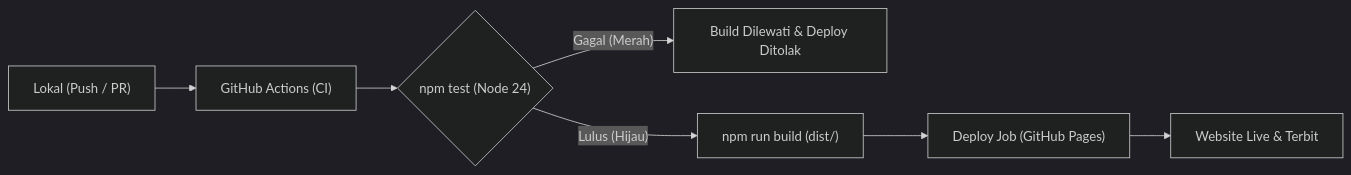
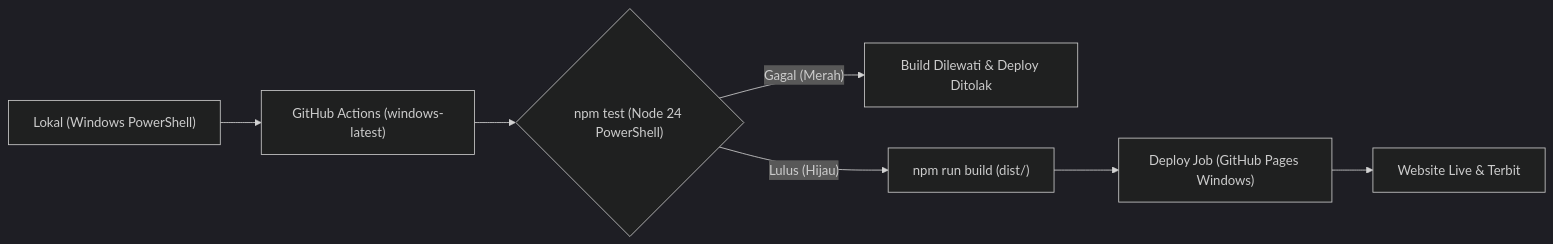
Before and after one commit to akuntugassindar-spec/RPLApp: the diagram in docs/Pertemuan11_CI_CD_Panduan.md, drawn with Mermaid (dark theme). The commit also changed other lines of this file and 2 other files, not shown here.

Commit message:
ci: migrasi runner CI/CD dari ubuntu-latest ke windows-latest (Windows Environment)

````diff
--- a/docs/Pertemuan11_CI_CD_Panduan.md
+++ b/docs/Pertemuan11_CI_CD_Panduan.md
@@ -15,9 +16,9 @@
 ```mermaid
 flowchart LR
-    A["Lokal (Push / PR)"] --> B["GitHub Actions (CI)"]
-    B --> C{"npm test (Node 24)"}
+    A["Lokal (Windows PowerShell)"] --> B["GitHub Actions (windows-latest)"]
+    B --> C{"npm test (Node 24 PowerShell)"}
     C -- Gagal (Merah) --> D["Build Dilewati & Deploy Ditolak"]
     C -- Lulus (Hijau) --> E["npm run build (dist/)"]
-    E --> F["Deploy Job (GitHub Pages)"]
+    E --> F["Deploy Job (GitHub Pages Windows)"]
     F --> G["Website Live & Terbit"]
 ```
````
